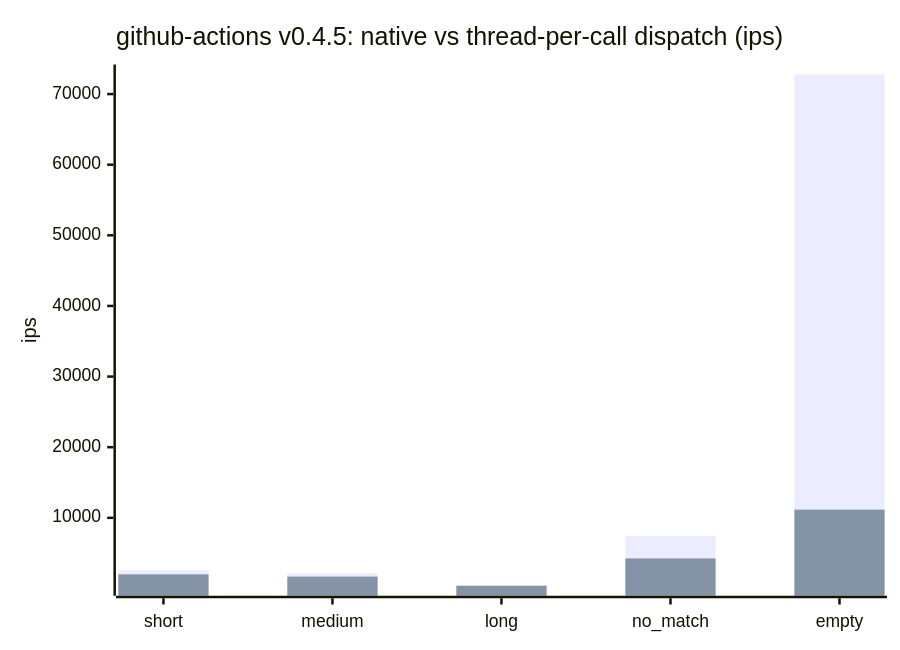
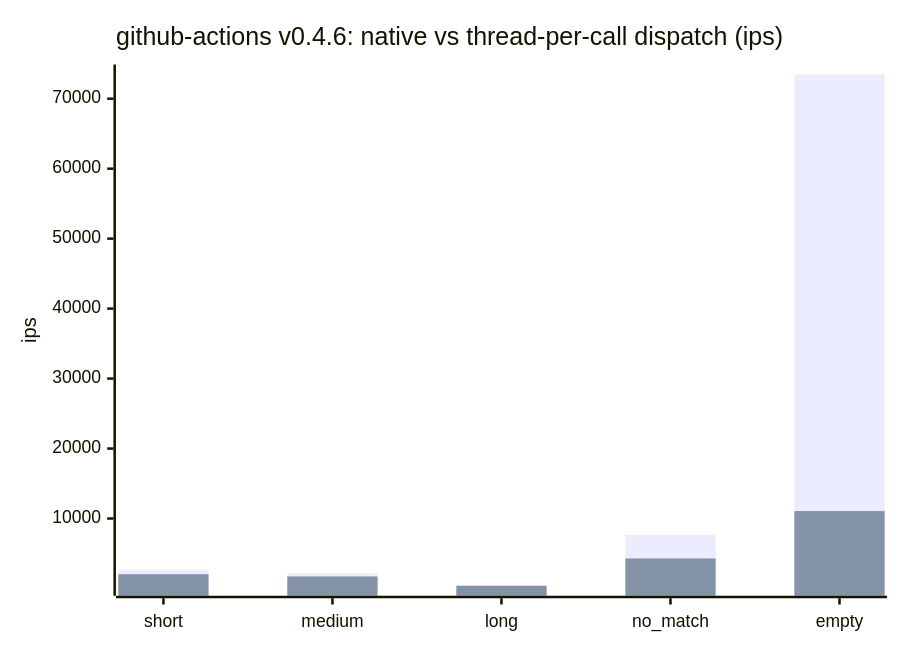
Before and after one commit to cpb/duckling: the first of 7 diagrams in docs/benchmarks/README.md, drawn with Mermaid. The commit also changed other lines of this file and 1 other file, not shown here.

Commit message:
Record github-actions benchmark results for 0.4.6 (#150)

````diff
--- a/docs/benchmarks/README.md
+++ b/docs/benchmarks/README.md
@@ -54,8 +54,8 @@
 ```mermaid
 xychart-beta
-    title "github-actions v0.4.5: native vs thread-per-call dispatch (ips)"
+    title "github-actions v0.4.6: native vs thread-per-call dispatch (ips)"
     x-axis [short, medium, long, no_match, empty]
     y-axis "ips"
-    bar "native" [2578.5, 2145.3, 415.5, 7419.3, 72771.1]
-    bar "thread-per-call" [1999.4, 1679.5, 382.0, 4251.9, 11159.4]
+    bar "native" [2661.5, 2157.3, 418.2, 7667.5, 73457.5]
+    bar "thread-per-call" [2037.9, 1718.9, 390.6, 4293.6, 11063.1]
 ```
````
